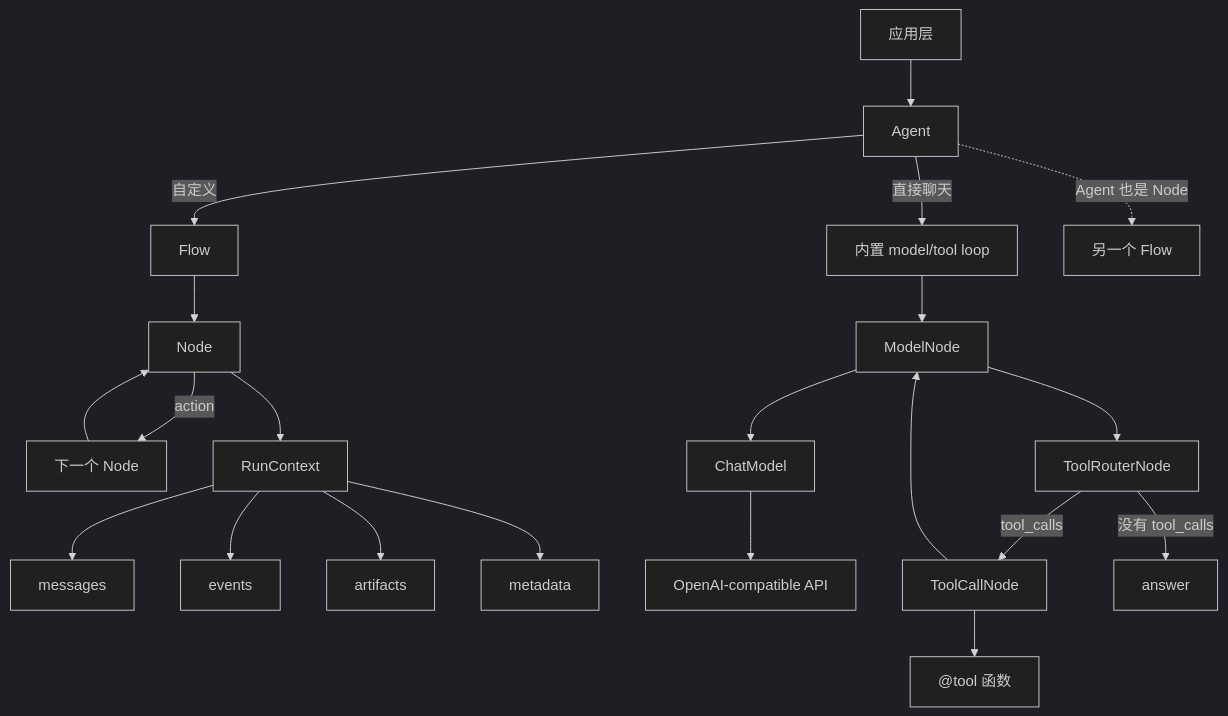
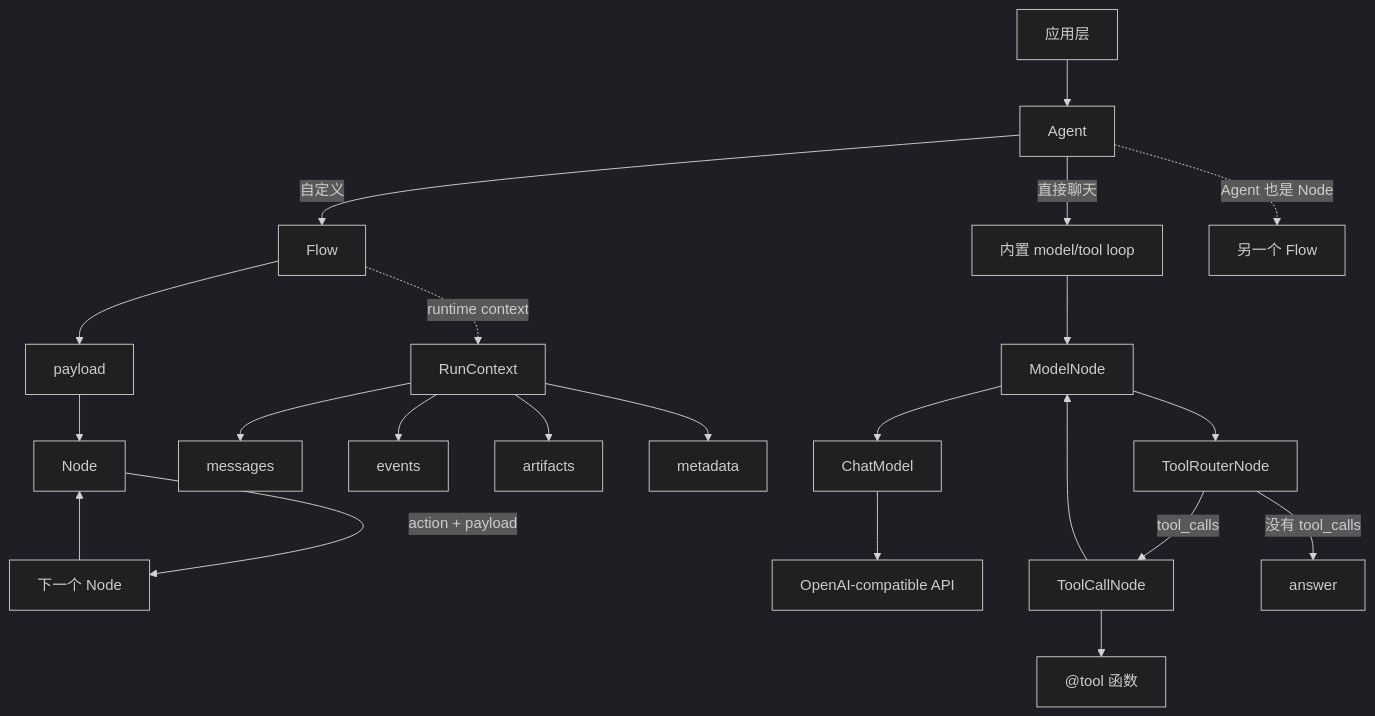
The diagram in README.zh-CN.md (Lancetwang/agent-core-runtime), drawn with Mermaid (dark theme) before and after one commit. The commit also changed other lines of this file and 5 other files, not shown here.

Commit message:
Separate payload from run context

````diff
--- a/README.zh-CN.md
+++ b/README.zh-CN.md
@@ -22,26 +23,27 @@
 ```mermaid
 flowchart TD
     App["应用层"] --> Agent["Agent"]
     Agent -->|"直接聊天"| BuiltIn["内置 model/tool loop"]
     Agent -->|"自定义"| Flow["Flow"]
     Agent -. "Agent 也是 Node" .-> OuterFlow["另一个 Flow"]
 
-    Flow --> Node["Node"]
-    Node -->|"action"| Next["下一个 Node"]
+    Flow --> Payload["payload"]
+    Payload --> Node["Node"]
+    Node -->|"action + payload"| Next["下一个 Node"]
     Next --> Node
 
-    Node --> Context["RunContext"]
+    Flow -. "runtime context" .-> Context["RunContext"]
     Context --> Messages["messages"]
     Context --> Events["events"]
     Context --> Artifacts["artifacts"]
     Context --> Metadata["metadata"]
 
     BuiltIn --> ModelNode["ModelNode"]
     ModelNode --> ChatModel["ChatModel"]
     ChatModel --> OpenAI["OpenAI-compatible API"]
     ModelNode --> Router["ToolRouterNode"]
     Router -->|"tool_calls"| ToolNode["ToolCallNode"]
     ToolNode --> Tools["@tool 函数"]
     ToolNode --> ModelNode
     Router -->|"没有 tool_calls"| Answer["answer"]
 ```
````
